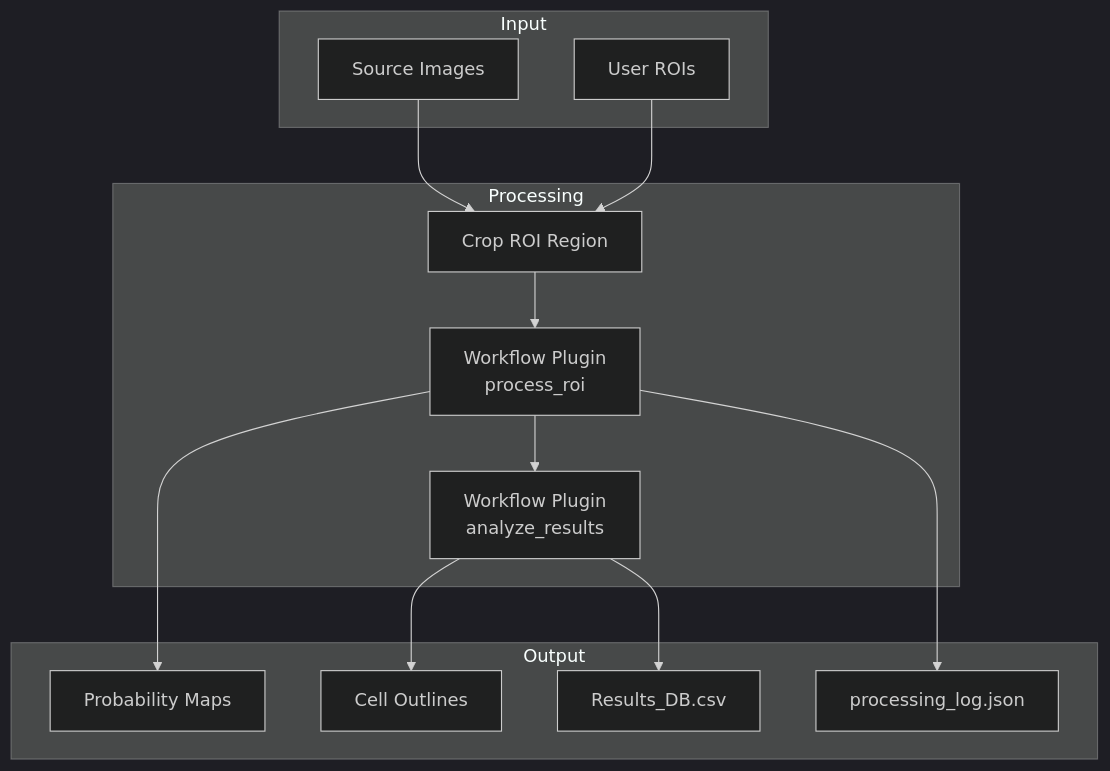
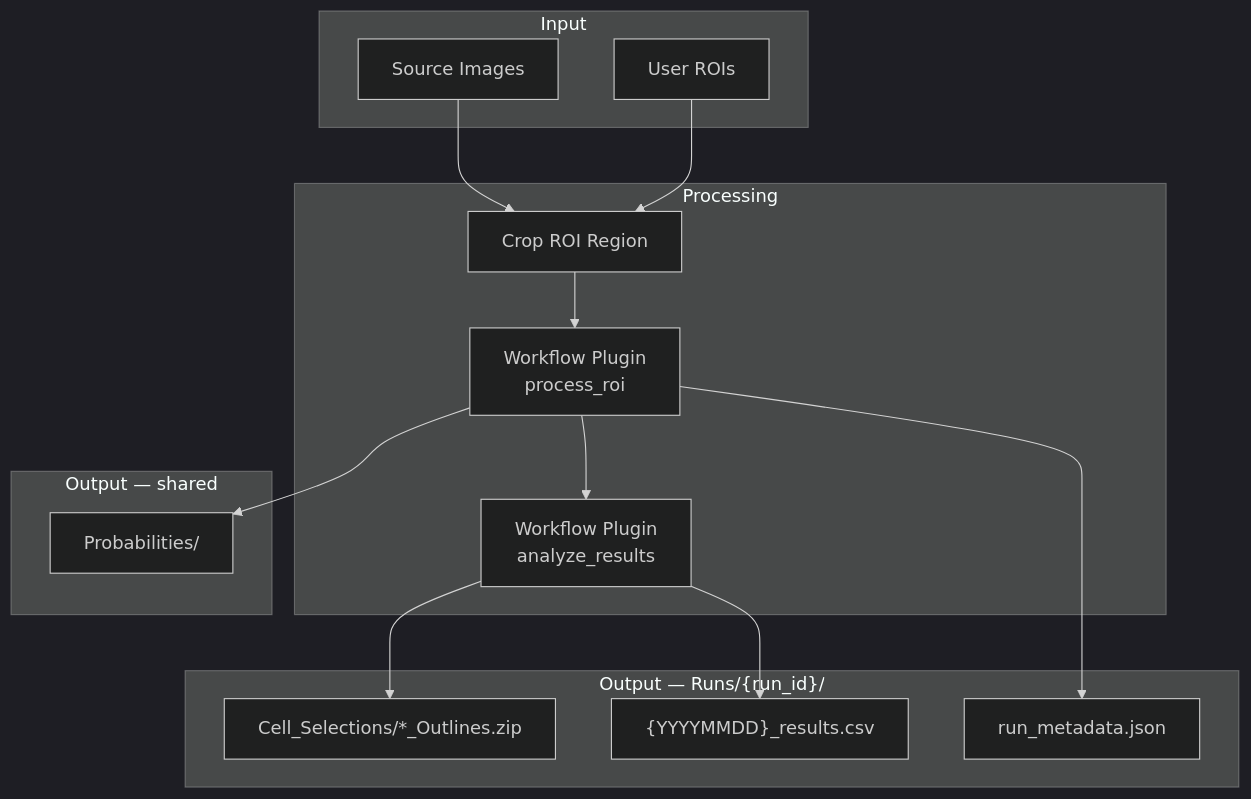
The second of 2 diagrams in docs/architecture.md (mrallred/Cell-Quantification-Toolkit), drawn with Mermaid (dark theme) before and after one commit. The commit also changed other lines of this file and 6 other files, not shown here.

Commit message:
fix metadata log bug in results viewer

````diff
--- a/docs/architecture.md
+++ b/docs/architecture.md
@@ -215,29 +228,32 @@
 ```mermaid
 flowchart TB
     subgraph Input
         A[Source Images]
         B[User ROIs]
     end
     
     subgraph Processing
         C[Crop ROI Region]
         D[Workflow Plugin<br/>process_roi]
         E[Workflow Plugin<br/>analyze_results]
     end
     
-    subgraph Output
-        F[Probability Maps]
-        G[Cell Outlines]
-        H[Results_DB.csv]
-        I[processing_log.json]
+    subgraph "Output — Runs/{run_id}/"
+        G[Cell_Selections/*_Outlines.zip]
+        H["{YYYYMMDD}_results.csv"]
+        I[run_metadata.json]
+    end
+    
+    subgraph "Output — shared"
+        F[Probabilities/]
     end
     
     A --> C
     B --> C
     C --> D
     D --> F
     D --> E
     E --> G
     E --> H
     D --> I
 ```
````
